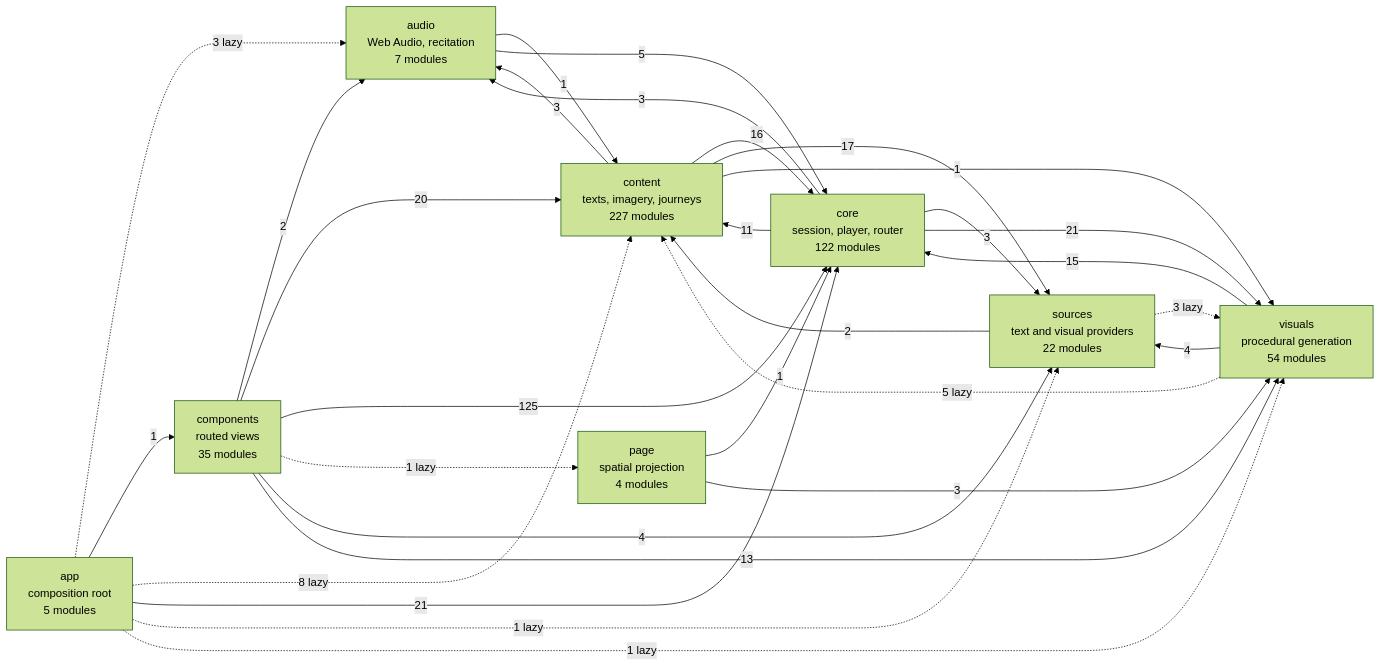
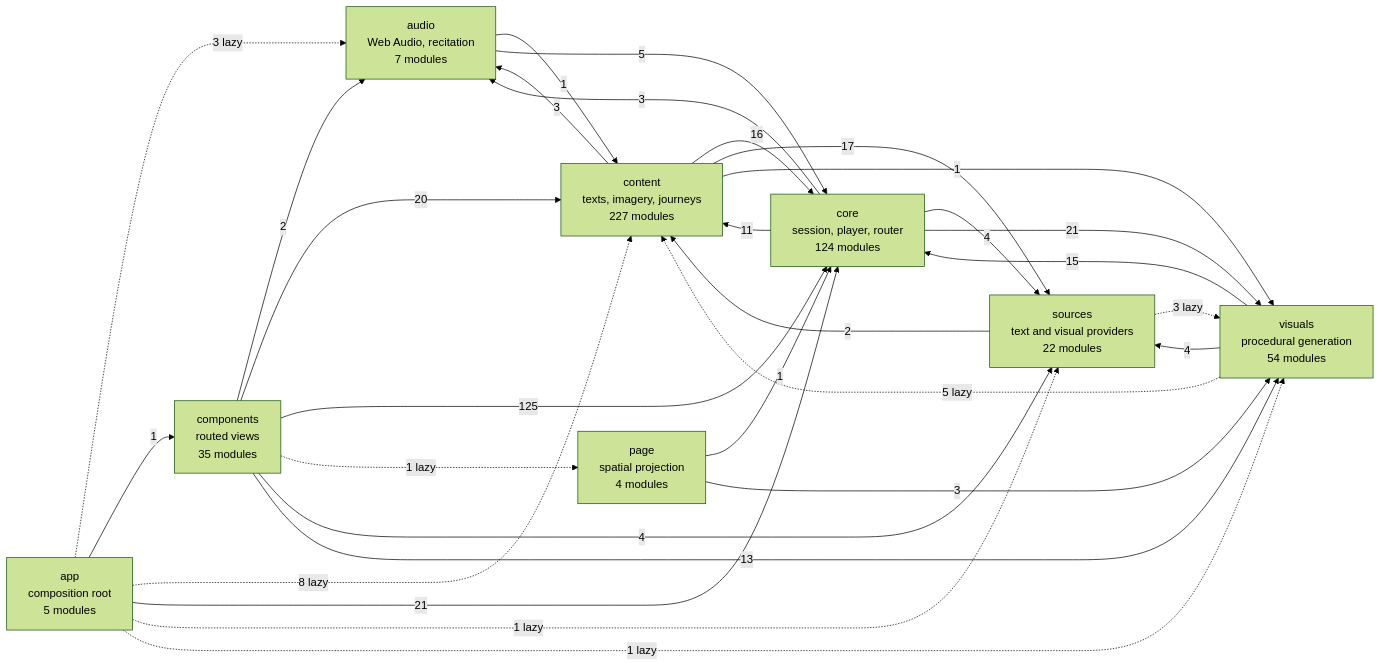
The diagram in docs/specs/ARCHITECTURE.md (SyberLabs/RISE), drawn with Mermaid (forest theme) before and after one commit. The commit also changed 16 other files, not shown here.

````diff
--- a/docs/specs/ARCHITECTURE.md
+++ b/docs/specs/ARCHITECTURE.md
@@ -149,41 +149,41 @@
 ```mermaid
 flowchart LR
     app["app<br/>composition root<br/>5 modules"]
     audio["audio<br/>Web Audio, recitation<br/>7 modules"]
     components["components<br/>routed views<br/>35 modules"]
     content["content<br/>texts, imagery, journeys<br/>227 modules"]
-    core["core<br/>session, player, router<br/>122 modules"]
+    core["core<br/>session, player, router<br/>124 modules"]
     page["page<br/>spatial projection<br/>4 modules"]
     sources["sources<br/>text and visual providers<br/>22 modules"]
     visuals["visuals<br/>procedural generation<br/>54 modules"]
 
     app -.-> |3 lazy| audio
     app --> |1| components
     app -.-> |8 lazy| content
     app --> |21| core
     app -.-> |1 lazy| sources
     app -.-> |1 lazy| visuals
     audio --> |1| content
     audio --> |5| core
     components --> |2| audio
     components --> |20| content
     components --> |125| core
     components -.-> |1 lazy| page
     components --> |4| sources
     components --> |13| visuals
     content --> |3| audio
     content --> |16| core
     content --> |17| sources
     content --> |1| visuals
     core --> |3| audio
     core --> |11| content
-    core --> |3| sources
+    core --> |4| sources
     core --> |21| visuals
     page --> |1| core
     page --> |3| visuals
     sources --> |2| content
     sources -.-> |3 lazy| visuals
     visuals -.-> |5 lazy| content
     visuals --> |15| core
     visuals --> |4| sources
 ```
````
